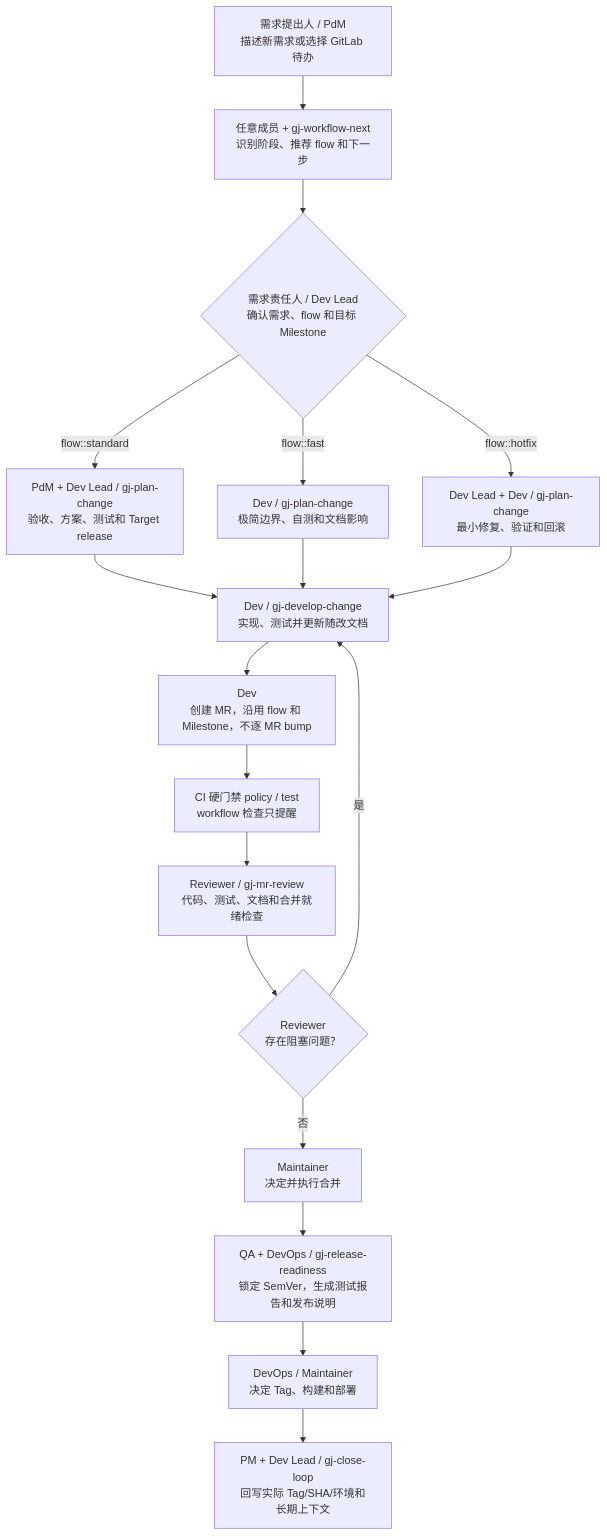
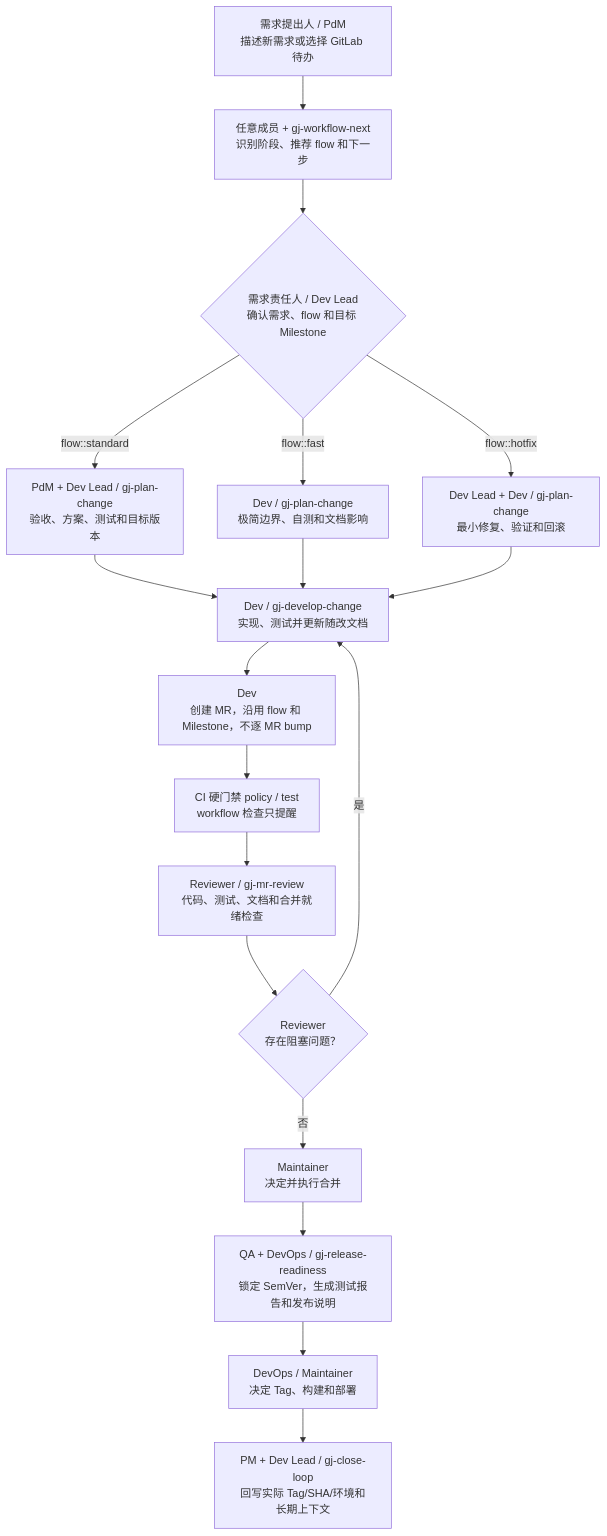
The first of 2 diagrams in README.md (TheLastMagician/gj-gitlab-ai-workflow), drawn with Mermaid before and after one commit. The commit also changed other lines of this file and 102 other files, not shown here.

````diff
--- a/README.md
+++ b/README.md
@@ -190,20 +253,20 @@
 ```mermaid
 flowchart TD
   A["需求提出人 / PdM<br/>描述新需求或选择 GitLab 待办"] --> B["任意成员 + gj-workflow-next<br/>识别阶段、推荐 flow 和下一步"]
   B --> C{"需求责任人 / Dev Lead<br/>确认需求、flow 和目标 Milestone"}
-  C -- "flow::standard" --> D["PdM + Dev Lead / gj-plan-change<br/>验收、方案、测试和 Target release"]
+  C -- "flow::standard" --> D["PdM + Dev Lead / gj-plan-change<br/>验收、方案、测试和目标版本"]
   C -- "flow::fast" --> DF["Dev / gj-plan-change<br/>极简边界、自测和文档影响"]
   C -- "flow::hotfix" --> DH["Dev Lead + Dev / gj-plan-change<br/>最小修复、验证和回滚"]
   D --> E["Dev / gj-develop-change<br/>实现、测试并更新随改文档"]
   DF --> E
   DH --> E
   E --> F["Dev<br/>创建 MR，沿用 flow 和 Milestone，不逐 MR bump"]
   F --> G["CI 硬门禁 policy / test<br/>workflow 检查只提醒"]
   G --> H["Reviewer / gj-mr-review<br/>代码、测试、文档和合并就绪检查"]
   H --> I{"Reviewer<br/>存在阻塞问题？"}
   I -- "是" --> E
   I -- "否" --> J["Maintainer<br/>决定并执行合并"]
   J --> K["QA + DevOps / gj-release-readiness<br/>锁定 SemVer，生成测试报告和发布说明"]
   K --> L["DevOps / Maintainer<br/>决定 Tag、构建和部署"]
   L --> M["PM + Dev Lead / gj-close-loop<br/>回写实际 Tag/SHA/环境和长期上下文"]
 ```
````
